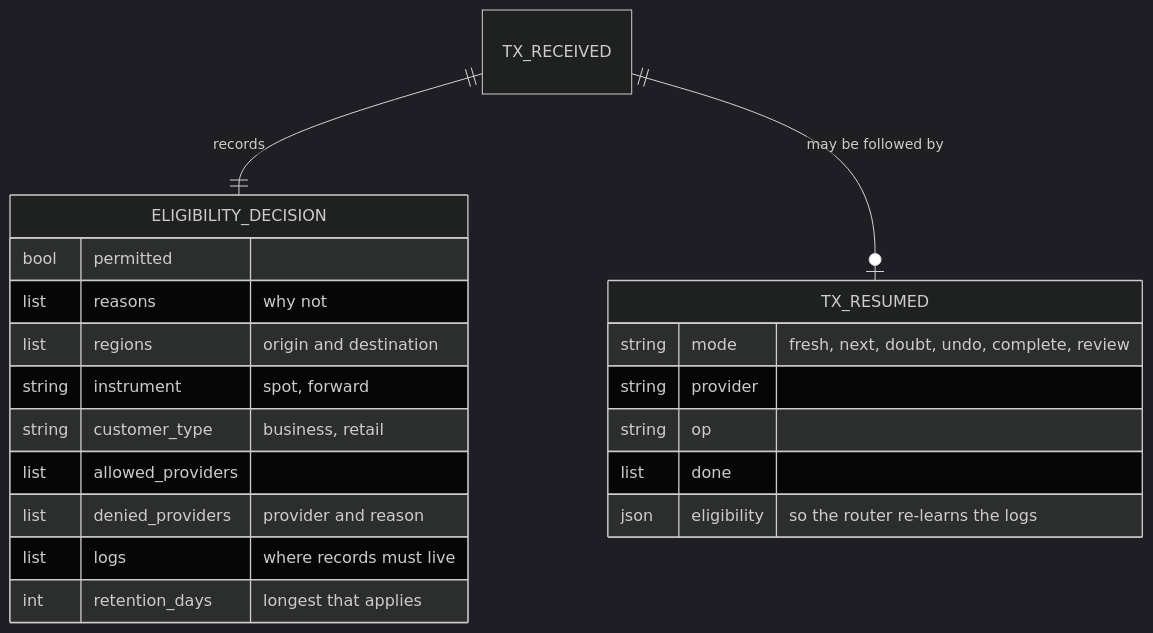
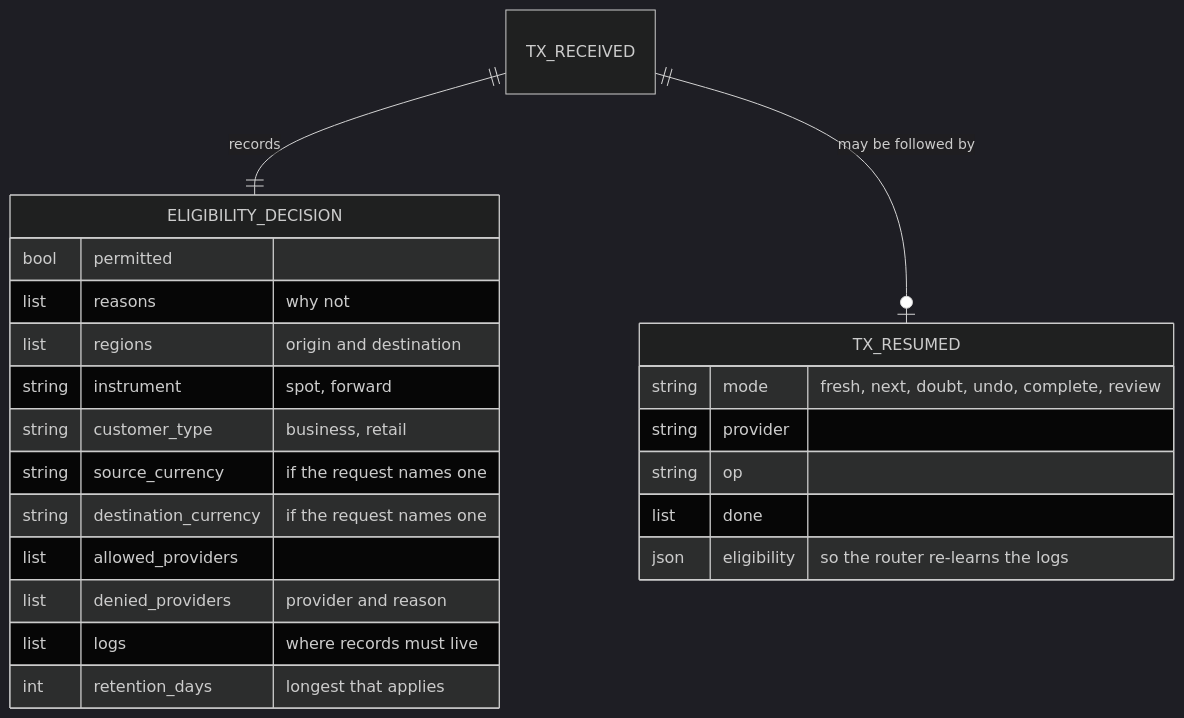
One commit to robbrown-net/actor-tx-spike changed the fourth of 5 diagrams in docs/architecture/06-data-model.md. Above: the diagram before and after it, drawn with Mermaid (dark theme). The commit also changed other lines of this file and 54 other files, not shown here.

````diff
--- a/docs/architecture/06-data-model.md
+++ b/docs/architecture/06-data-model.md
@@ -270,23 +270,25 @@
 ```mermaid
 erDiagram
     TX_RECEIVED ||--|| ELIGIBILITY_DECISION : "records"
     TX_RECEIVED ||--o| TX_RESUMED : "may be followed by"
     ELIGIBILITY_DECISION {
         bool permitted
         list reasons "why not"
         list regions "origin and destination"
         string instrument "spot, forward"
         string customer_type "business, retail"
+        string source_currency "if the request names one"
+        string destination_currency "if the request names one"
         list allowed_providers
         list denied_providers "provider and reason"
         list logs "where records must live"
         int retention_days "longest that applies"
     }
     TX_RESUMED {
         string mode "fresh, next, doubt, undo, complete, review"
         string provider
         string op
         list done
         json eligibility "so the router re-learns the logs"
     }
 ```
````
